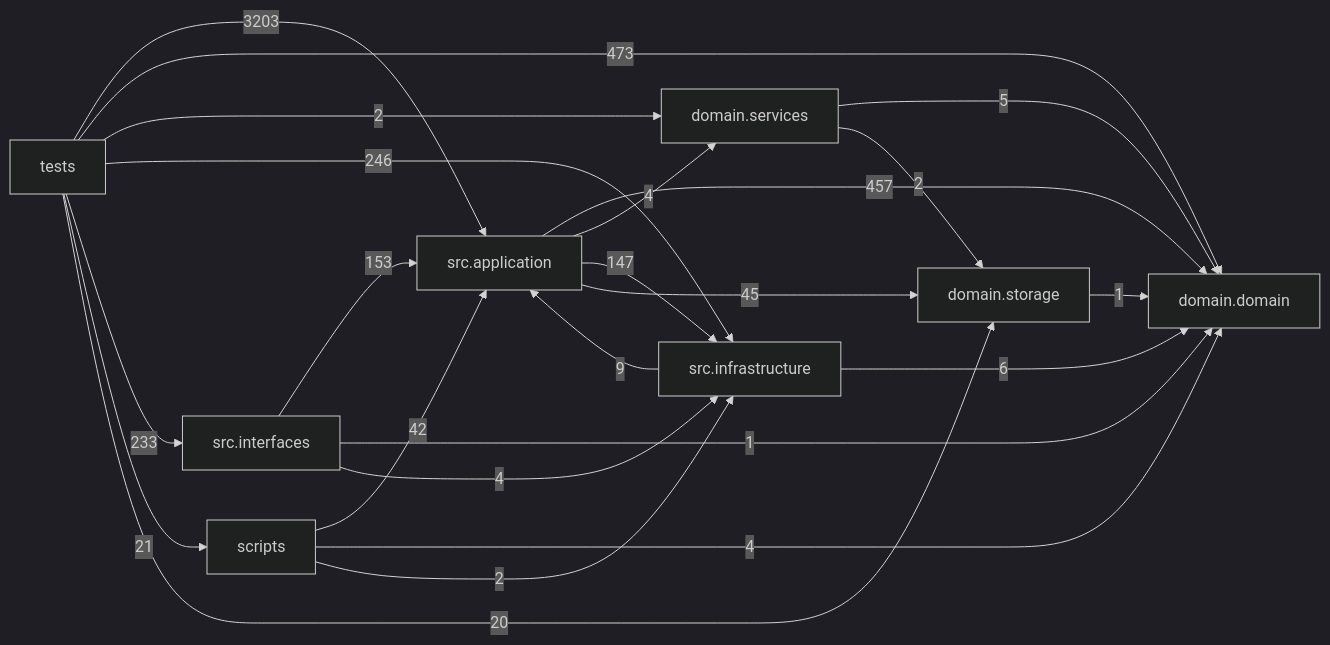
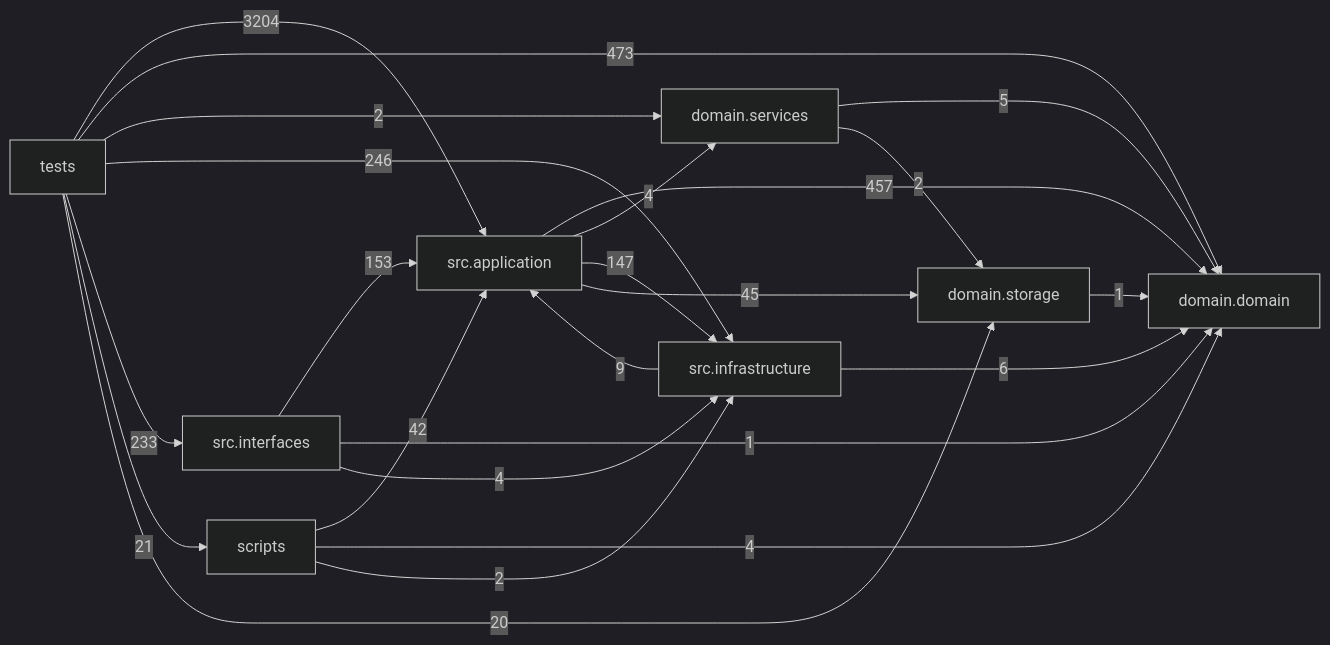
Before and after one commit to liuxie066/options-monitor: the diagram in docs/DEPENDENCY_GRAPH.md, drawn with Mermaid (dark theme). The commit also changed other lines of this file, not shown here.

Commit message:
docs(architecture): refresh intake test dependency count

````diff
--- a/docs/DEPENDENCY_GRAPH.md
+++ b/docs/DEPENDENCY_GRAPH.md
@@ -24,33 +24,33 @@
 ```mermaid
 flowchart LR
   tests["tests"]
   scripts["scripts"]
   interfaces["src.interfaces"]
   application["src.application"]
   infrastructure["src.infrastructure"]
   domain_services["domain.services"]
   domain["domain.domain"]
   storage["domain.storage"]
   application -->|457| domain
   application -->|4| domain_services
   application -->|147| infrastructure
   application -->|45| storage
   domain_services -->|5| domain
   domain_services -->|2| storage
   infrastructure -->|9| application
   infrastructure -->|6| domain
   interfaces -->|153| application
   interfaces -->|1| domain
   interfaces -->|4| infrastructure
   scripts -->|42| application
   scripts -->|4| domain
   scripts -->|2| infrastructure
   storage -->|1| domain
-  tests -->|3203| application
+  tests -->|3204| application
   tests -->|473| domain
   tests -->|2| domain_services
   tests -->|246| infrastructure
   tests -->|233| interfaces
   tests -->|21| scripts
   tests -->|20| storage
 ```
````
